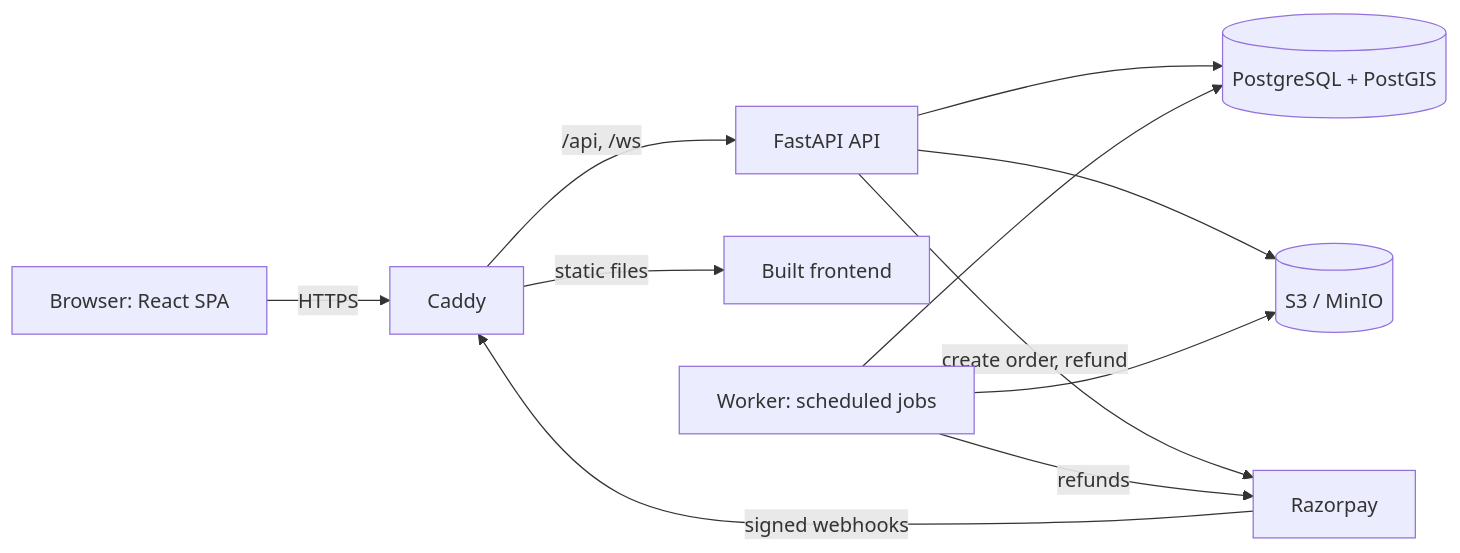
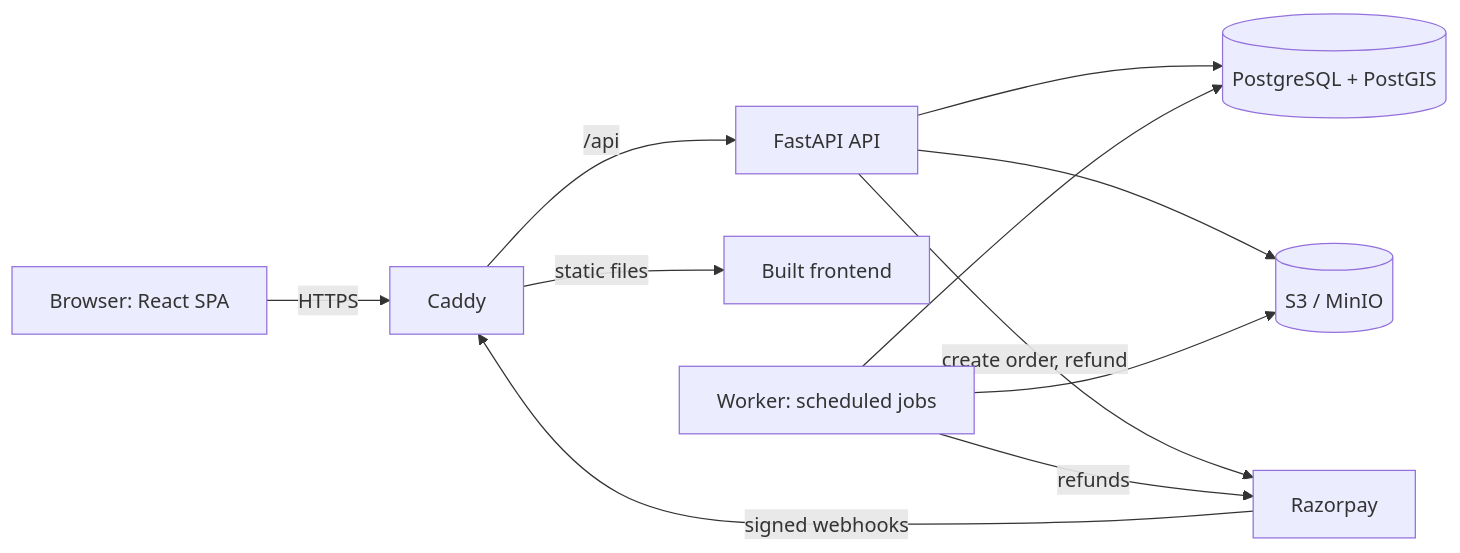
The diagram in README.md (areyypriyanshu/smart-printing-network), drawn with Mermaid before and after one commit. The commit also changed other lines of this file and 10 other files, not shown here.

````diff
--- a/README.md
+++ b/README.md
@@ -30,13 +40,13 @@
 ```mermaid
 flowchart LR
   B[Browser: React SPA] -->|HTTPS| C[Caddy]
-  C -->|/api, /ws| A[FastAPI API]
+  C -->|/api| A[FastAPI API]
   C -->|static files| F[Built frontend]
   A --> D[(PostgreSQL + PostGIS)]
   A --> S[(S3 / MinIO)]
   A -->|create order, refund| R[Razorpay]
   R -->|signed webhooks| C
   W[Worker: scheduled jobs] --> D
   W --> S
   W -->|refunds| R
 ```
````
